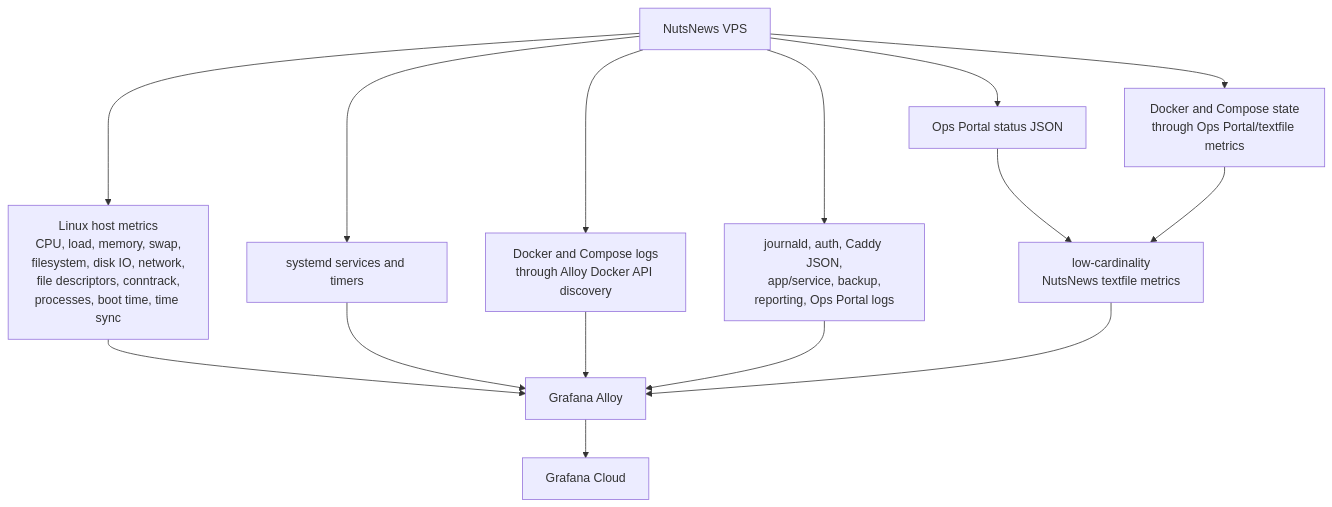
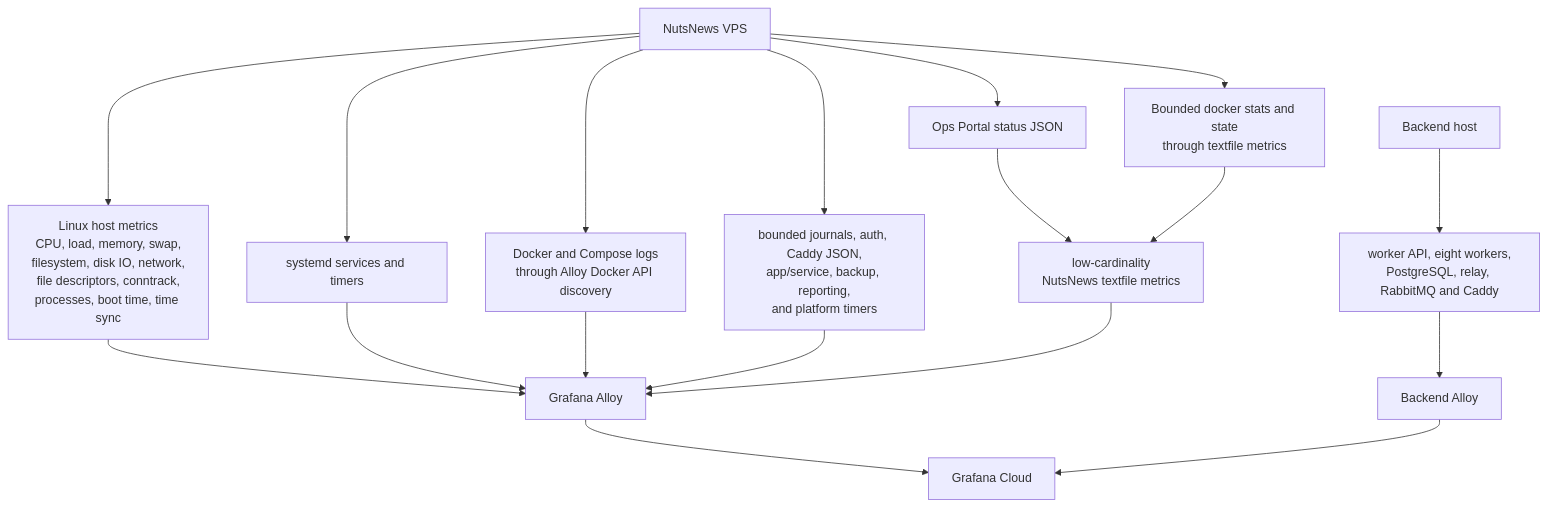
The second of 3 diagrams in NUTSNEWS_GRAFANA_CLOUD_OBSERVABILITY.md (ramideltoro/nutsnews-docs), drawn with Mermaid before and after one commit. The commit also changed other lines of this file and 36 other files, not shown here.

````diff
--- a/NUTSNEWS_GRAFANA_CLOUD_OBSERVABILITY.md
+++ b/NUTSNEWS_GRAFANA_CLOUD_OBSERVABILITY.md
@@ -113,17 +171,20 @@
 ```mermaid
 flowchart TB
   vps["NutsNews VPS"] --> host["Linux host metrics\nCPU, load, memory, swap,\nfilesystem, disk IO, network,\nfile descriptors, conntrack,\nprocesses, boot time, time sync"]
   vps --> systemd["systemd services and timers"]
   vps --> docker["Docker and Compose logs\nthrough Alloy Docker API discovery"]
-  vps --> dockerState["Docker and Compose state\nthrough Ops Portal/textfile metrics"]
-  vps --> files["journald, auth, Caddy JSON,\napp/service, backup,\nreporting, Ops Portal logs"]
+  vps --> dockerState["Bounded docker stats and state\nthrough textfile metrics"]
+  vps --> files["bounded journals, auth, Caddy JSON,\napp/service, backup, reporting,\nand platform timers"]
   vps --> portal["Ops Portal status JSON"]
   portal --> textfile["low-cardinality\nNutsNews textfile metrics"]
   host --> alloy["Grafana Alloy"]
   systemd --> alloy
   docker --> alloy
   dockerState --> textfile
   files --> alloy
   textfile --> alloy
   alloy --> gc["Grafana Cloud"]
+  backend["Backend host"] --> backendSignals["worker API, eight workers,\nPostgreSQL, relay, RabbitMQ and Caddy"]
+  backendSignals --> backendAlloy["Backend Alloy"]
+  backendAlloy --> gc
 ```
````
